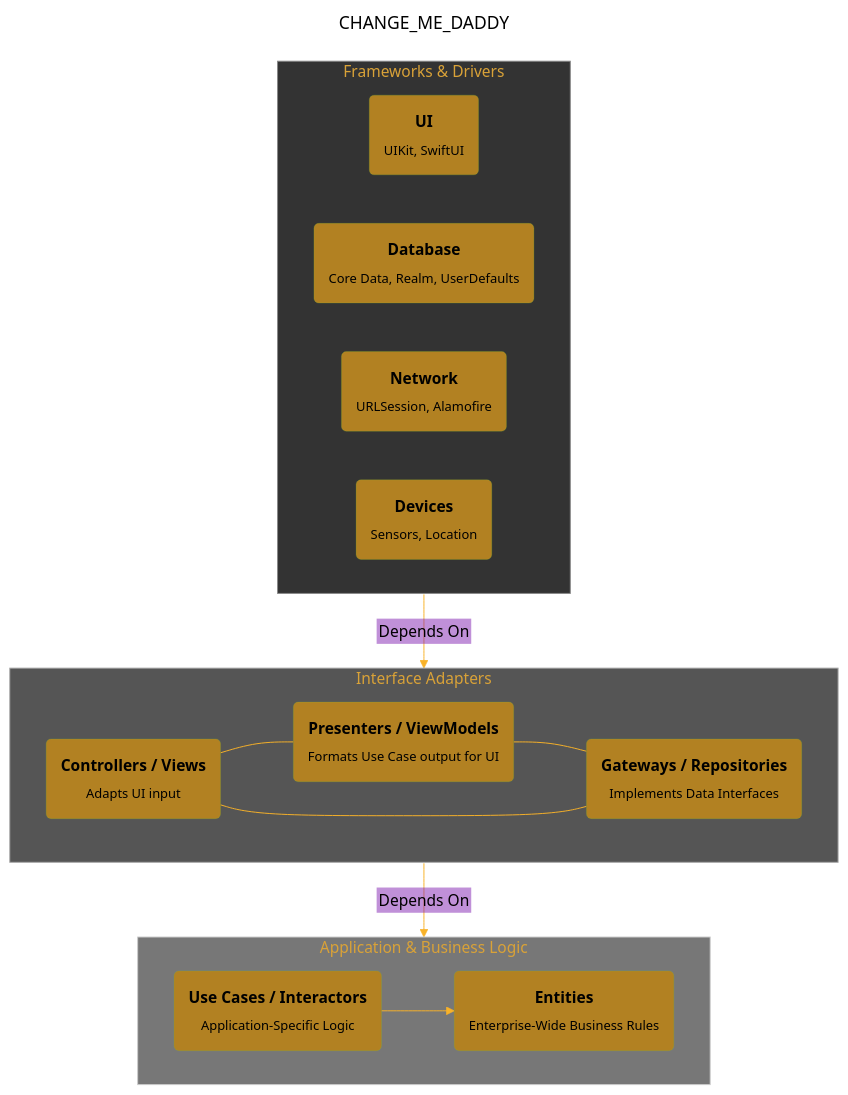
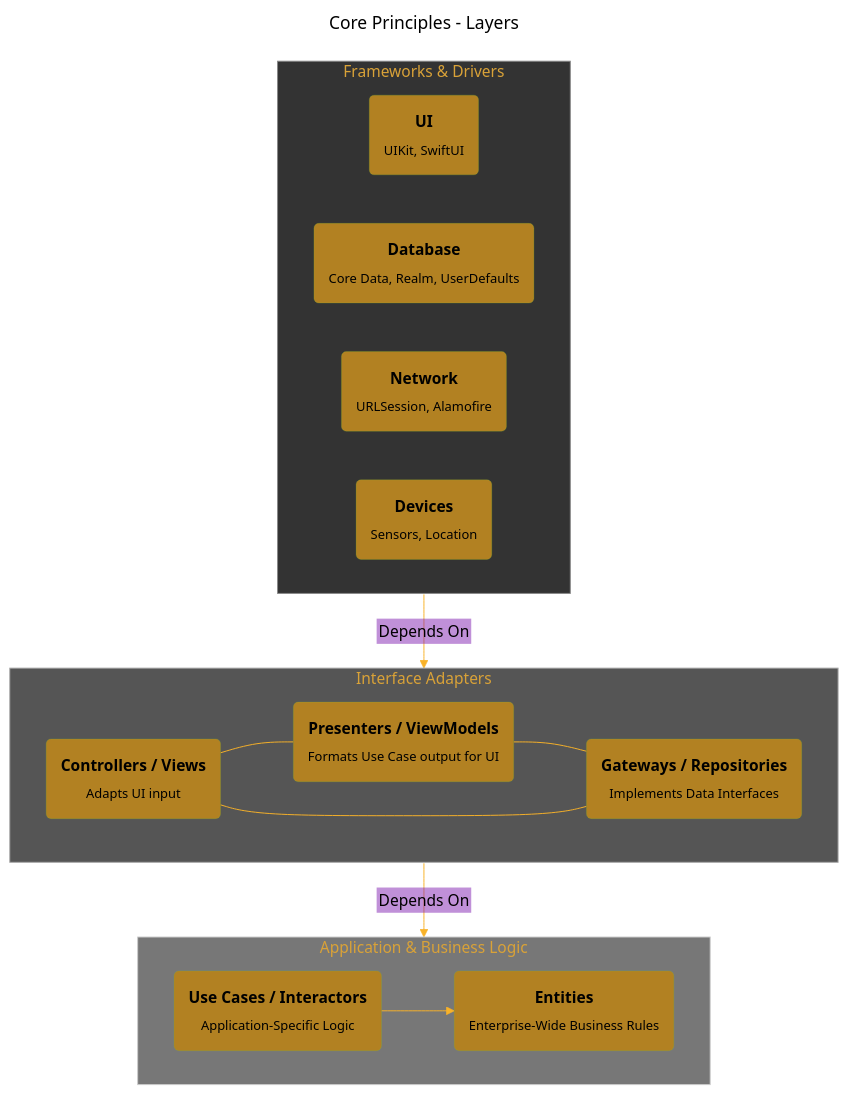
One commit to CongLeSolutionX/iOS-development-vault changed the second of 7 diagrams in Design_Patterns/CLEAN_Architecture/The_CLEAN_Architecture_in_iOS_Development.md. Above: the diagram before and after it, drawn with Mermaid. The commit also changed other lines of this file, not shown here.

````diff
--- a/Design_Patterns/CLEAN_Architecture/The_CLEAN_Architecture_in_iOS_Development.md
+++ b/Design_Patterns/CLEAN_Architecture/The_CLEAN_Architecture_in_iOS_Development.md
@@ -74,57 +92,57 @@
 ```mermaid
 ---
-title: "CHANGE_ME_DADDY"
+title: "Core Principles - Layers"
 author: "Cong Le"
 version: "1.0"
 license(s): "MIT, CC BY 4.0"
 copyright: "Copyright (c) 2025 Cong Le. All Rights Reserved."
 config:
   theme: base
 ---
 %%%%%%%% Mermaid version v11.4.1-b.14
 %%%%%%%% Available curve styles include the following keywords:
 %% basis, bumpX, bumpY, cardinal, catmullRom, linear, monotoneX, monotoneY, natural, step, stepAfter, stepBefore.
 %%{
   init: {
     'flowchart': { 'htmlLabels': false, 'curve': 'basis' },
     'fontFamily': 'Monospace',
     'themeVariables': {
       'primaryColor': '#B28122',
       'primaryTextColor': '#000',
       'primaryBorderColor': '#7C33',
       'lineColor': '#F8B229',
       'stroke':'#000',
       'stroke-width': '0.5px'
     }
   }
 }%%
 graph TD
     subgraph Outer_Layers [Frameworks & Drivers]
     style Outer_Layers fill:#333,stroke:#888
         D(<b>UI</b><br/><SUB>UIKit, SwiftUI</SUB>)
         E(<b>Database</b><br/><SUB>Core Data, Realm, UserDefaults</SUB>)
         F(<b>Network</b><br/><SUB>URLSession, Alamofire</SUB>)
         G(<b>Devices</b><br/><SUB>Sensors, Location</SUB>)
     end
 
     subgraph Middle_Layer [Interface Adapters]
     style Middle_Layer fill:#555,stroke:#aaa
         C(<b>Controllers / Views</b><br/><SUB>Adapts UI input</SUB>) --- H(<b>Presenters / ViewModels</b><br/><SUB>Formats Use Case output for UI</SUB>)
         I(<b>Gateways / Repositories</b><br/><SUB>Implements Data Interfaces</SUB>) --- C
         H --- I
     end
 
     subgraph Inner_Layers [Application & Business Logic]
     style Inner_Layers fill:#777,stroke:#ccc
         B(<b>Use Cases / Interactors</b><br/><SUB>Application-Specific Logic</SUB>)
         A(<b>Entities</b><br/><SUB>Enterprise-Wide Business Rules</SUB>)
         B --> A
     end
 
     Outer_Layers -- Depends On --> Middle_Layer;
     Middle_Layer -- Depends On --> Inner_Layers;
 
 
     %% Arrows show dependency direction. Outer depends on Inner.
     %% Inner layers know nothing about outer layers.
 ```
````
